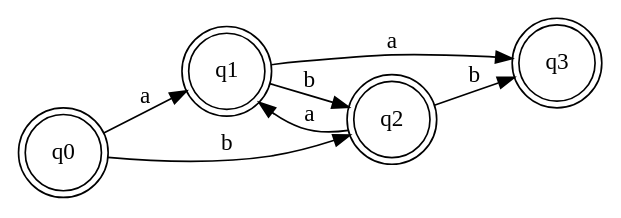
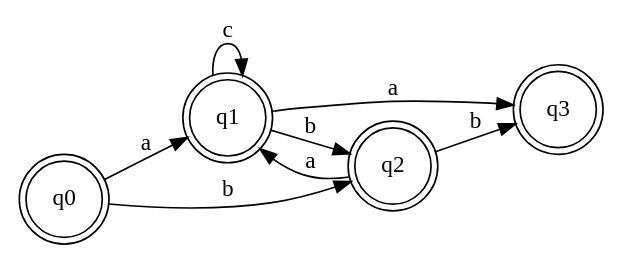
Before and after one commit to andrelago13/COMP: the diagram in examples vis/teste2.dot, drawn with Graphviz. The commit also changed 1 other file, not shown here.

```diff
--- a/examples vis/teste2.dot
+++ b/examples vis/teste2.dot
@@ -1,13 +1,14 @@
 digraph {
   rankdir=LR;
   node [shape = doublecircle,
   		peripheries = 2]; q3;
   node [shape = circle];
   START[label=q0];
   START -> q1 [label=a];
   START -> q2 [label=b];
   q1 -> q2 [label=b];
   q1 -> q3 [label=a];
   q2 -> q1 [label=a];
   q2 -> q3 [label=b];
+  q1 -> q1 [label=c];
 }
```
